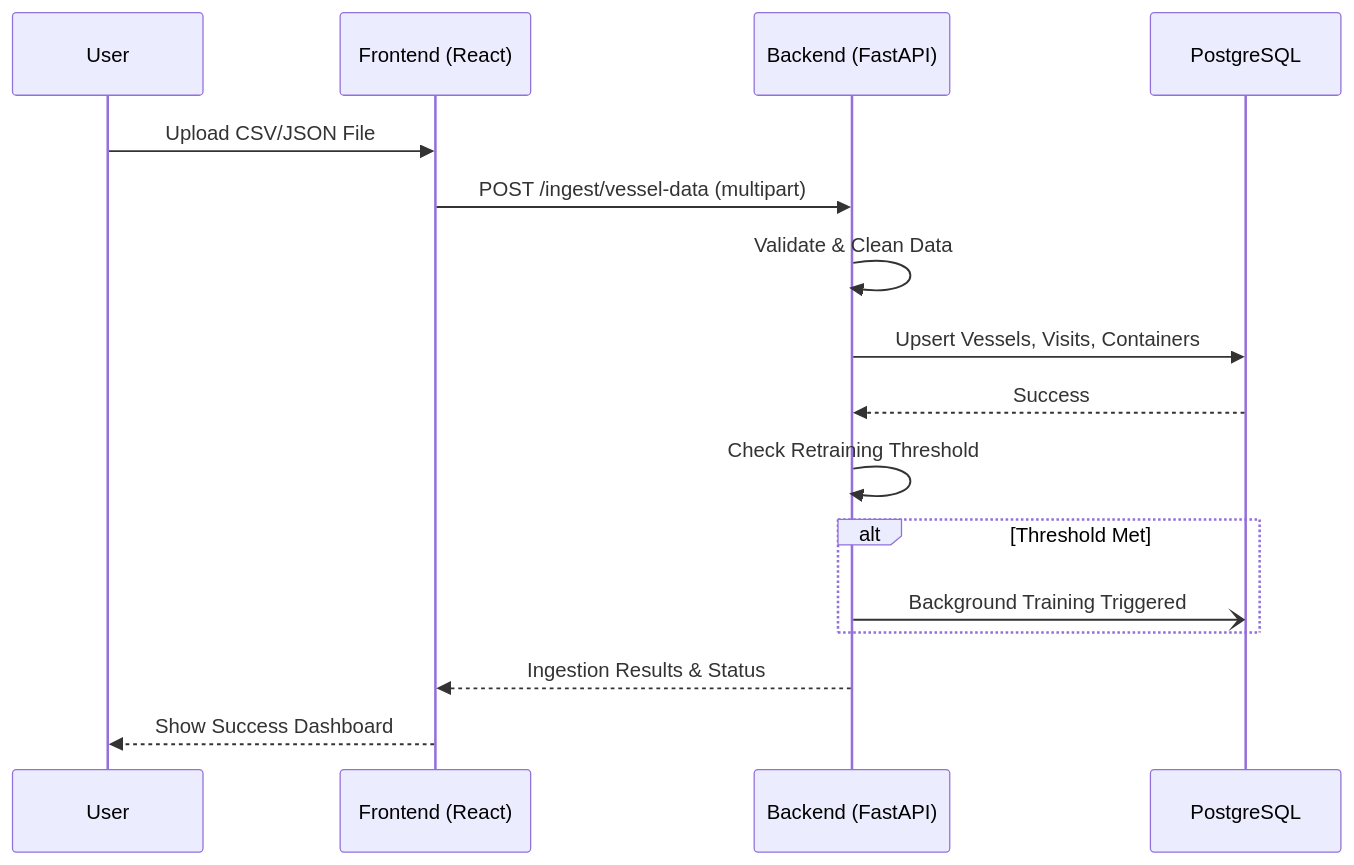
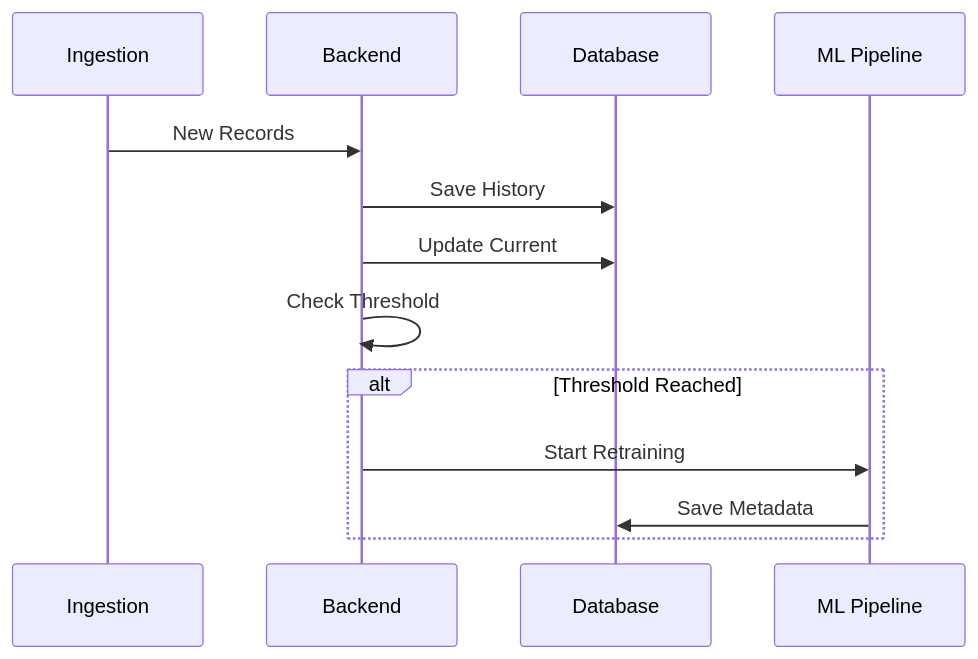
One commit to SHATHISH-07/port-system changed the sixth of 8 diagrams in README.md. Above: the diagram before and after it, drawn with Mermaid. The commit also changed other lines of this file and 4 other files, not shown here.

````diff
--- a/README.md
+++ b/README.md
@@ -639,19 +530,18 @@
 ```mermaid
 sequenceDiagram
-    participant U as User
-    participant F as Frontend (React)
-    participant B as Backend (FastAPI)
-    participant DB as PostgreSQL
 
-    U->>F: Upload CSV/JSON File
-    F->>B: POST /ingest/vessel-data (multipart)
-    B->>B: Validate & Clean Data
-    B->>DB: Upsert Vessels, Visits, Containers
-    DB-->>B: Success
-    B->>B: Check Retraining Threshold
-    alt Threshold Met
-        B-)DB: Background Training Triggered
+    participant I as Ingestion
+    participant B as Backend
+    participant DB as Database
+    participant ML as ML Pipeline
+
+    I->>B: New Records
+    B->>DB: Save History
+    B->>DB: Update Current
+    B->>B: Check Threshold
+
+    alt Threshold Reached
+        B->>ML: Start Retraining
+        ML->>DB: Save Metadata
     end
-    B-->>F: Ingestion Results & Status
-    F-->>U: Show Success Dashboard
 ```
````
